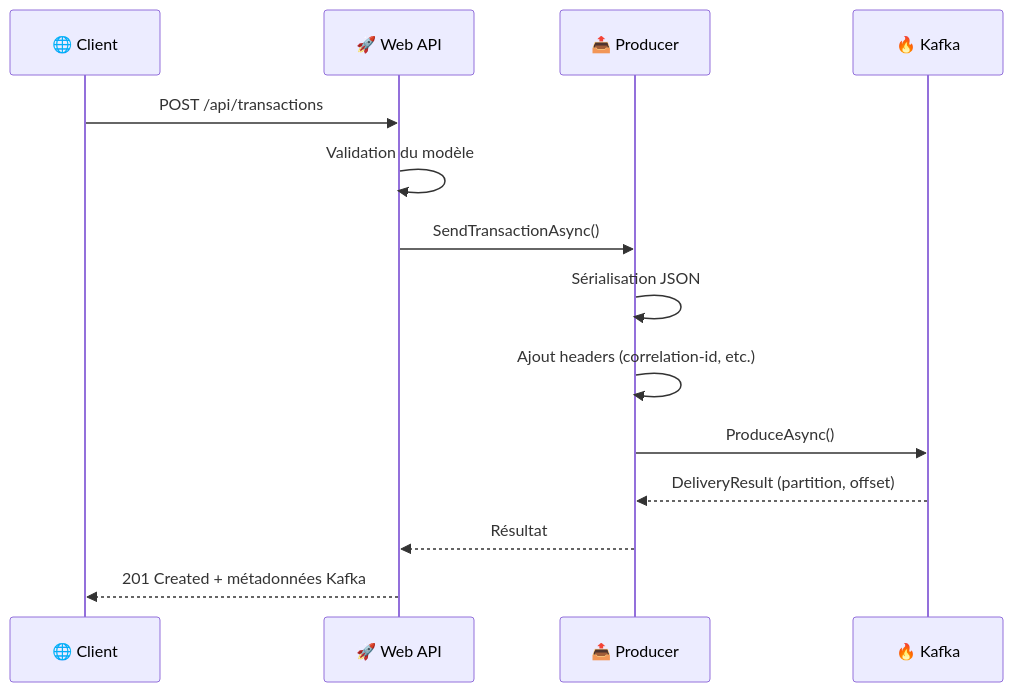
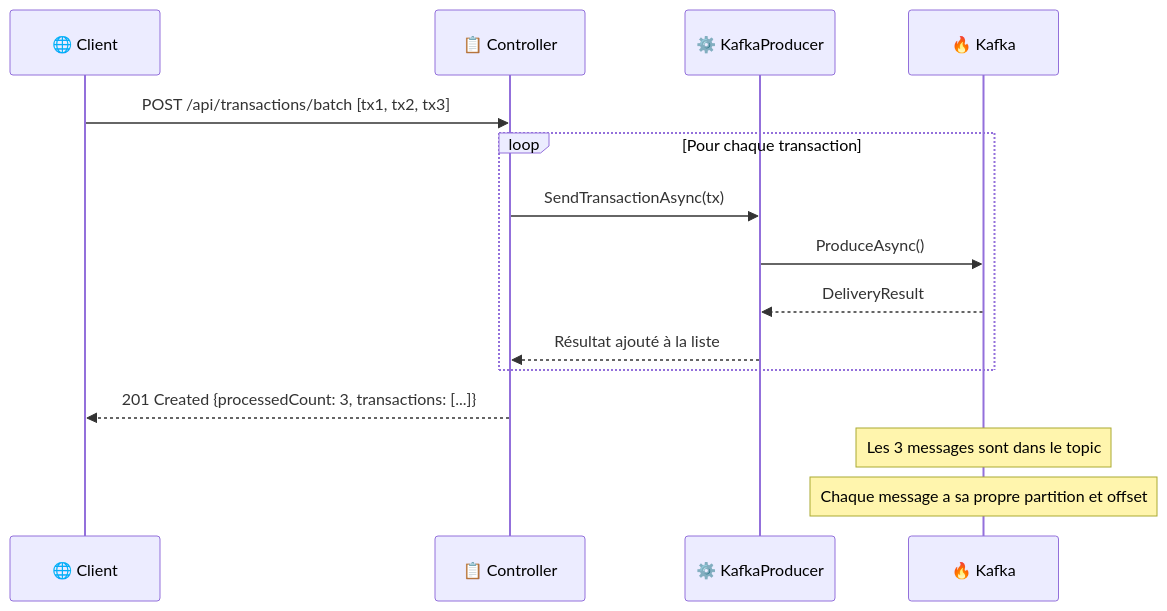
One commit to msellamiTN/formation--kafka-dotnet changed the fifth of 5 diagrams in day-01-foundations/module-02-producer/lab-1.2a-producer-basic/README.md. Above: the diagram before and after it, drawn with Mermaid. The commit also changed other lines of this file and 1 other file, not shown here.

First line of the commit message:
fix: Correct nested openshift directory path in orchestrator script and enhance LAB 1.2A with e-banking context and detailed sequence diagrams

````diff
--- a/day-01-foundations/module-02-producer/lab-1.2a-producer-basic/README.md
+++ b/day-01-foundations/module-02-producer/lab-1.2a-producer-basic/README.md
@@ -711,17 +807,21 @@
 ```mermaid
 sequenceDiagram
     participant C as 🌐 Client
-    participant API as 🚀 Web API
-    participant P as 📤 Producer
+    participant Ctrl as 📋 Controller
+    participant Svc as ⚙️ KafkaProducer
     participant K as 🔥 Kafka
 
-    C->>API: POST /api/transactions
-    API->>API: Validation du modèle
-    API->>P: SendTransactionAsync()
-    P->>P: Sérialisation JSON
-    P->>P: Ajout headers (correlation-id, etc.)
-    P->>K: ProduceAsync()
-    K-->>P: DeliveryResult (partition, offset)
-    P-->>API: Résultat
-    API-->>C: 201 Created + métadonnées Kafka
+    C->>Ctrl: POST /api/transactions/batch [tx1, tx2, tx3]
+
+    loop Pour chaque transaction
+        Ctrl->>Svc: SendTransactionAsync(tx)
+        Svc->>K: ProduceAsync()
+        K-->>Svc: DeliveryResult
+        Svc-->>Ctrl: Résultat ajouté à la liste
+    end
+
+    Ctrl-->>C: 201 Created {processedCount: 3, transactions: [...]}
+
+    Note over K: Les 3 messages sont dans le topic
+    Note over K: Chaque message a sa propre partition et offset
 ```
````
